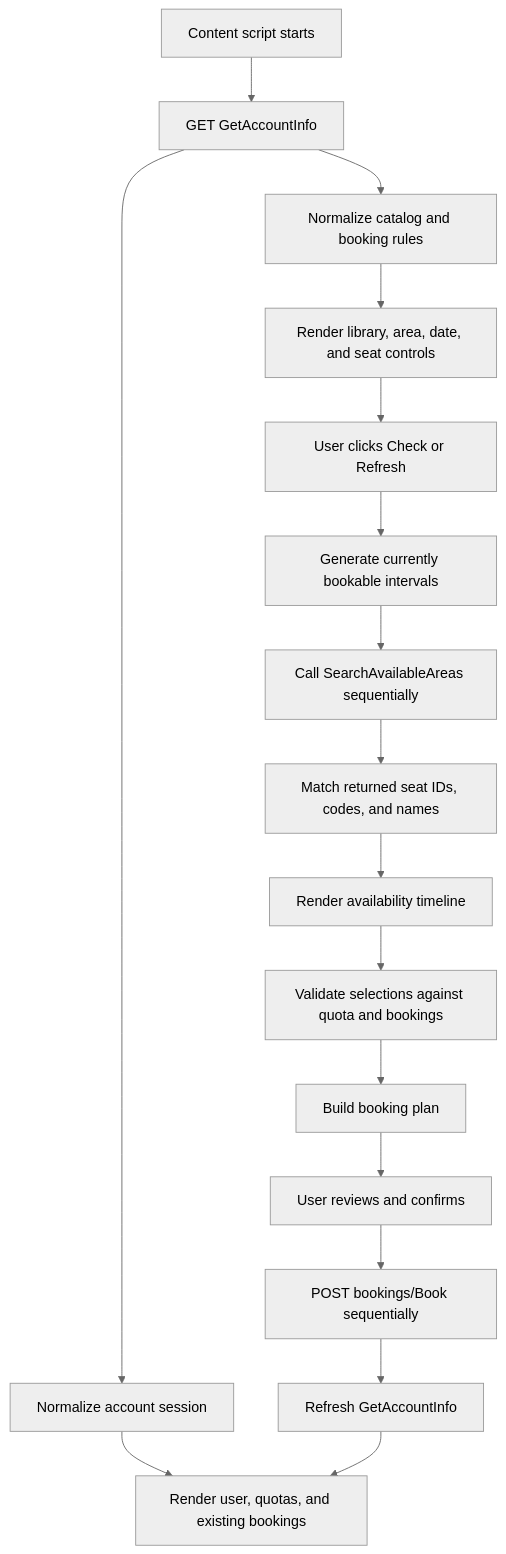
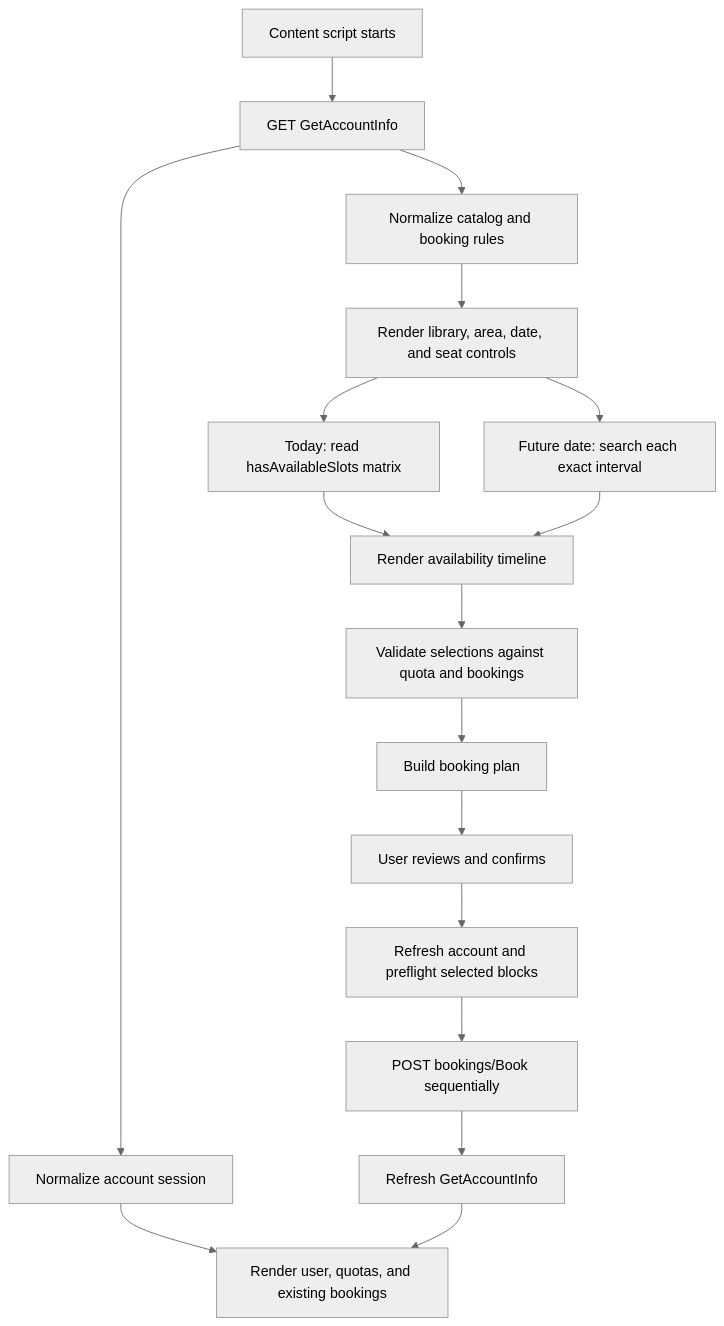
The diagram in docs/extension-architecture.md (teamcmcbot/nlb-seat-booking-extension), drawn with Mermaid (neutral theme) before and after one commit. The commit also changed other lines of this file and 20 other files, not shown here.

````diff
--- a/docs/extension-architecture.md
+++ b/docs/extension-architecture.md
@@ -40,19 +70,19 @@
 ```mermaid
 flowchart TD
     A["Content script starts"] --> B["GET GetAccountInfo"]
     B --> C["Normalize account session"]
     B --> D["Normalize catalog and booking rules"]
     C --> E["Render user, quotas, and existing bookings"]
     D --> F["Render library, area, date, and seat controls"]
-    F --> G["User clicks Check or Refresh"]
-    G --> H["Generate currently bookable intervals"]
-    H --> I["Call SearchAvailableAreas sequentially"]
-    I --> J["Match returned seat IDs, codes, and names"]
-    J --> K["Render availability timeline"]
-    K --> L["Validate selections against quota and bookings"]
-    L --> M["Build booking plan"]
+    F --> G["Today: read hasAvailableSlots matrix"]
+    F --> Q["Future date: search each exact interval"]
+    G --> H["Render availability timeline"]
+    Q --> H
+    H --> I["Validate selections against quota and bookings"]
+    I --> M["Build booking plan"]
     M --> N["User reviews and confirms"]
-    N --> O["POST bookings/Book sequentially"]
+    N --> J["Refresh account and preflight selected blocks"]
+    J --> O["POST bookings/Book sequentially"]
     O --> P["Refresh GetAccountInfo"]
     P --> E
 ```
````
